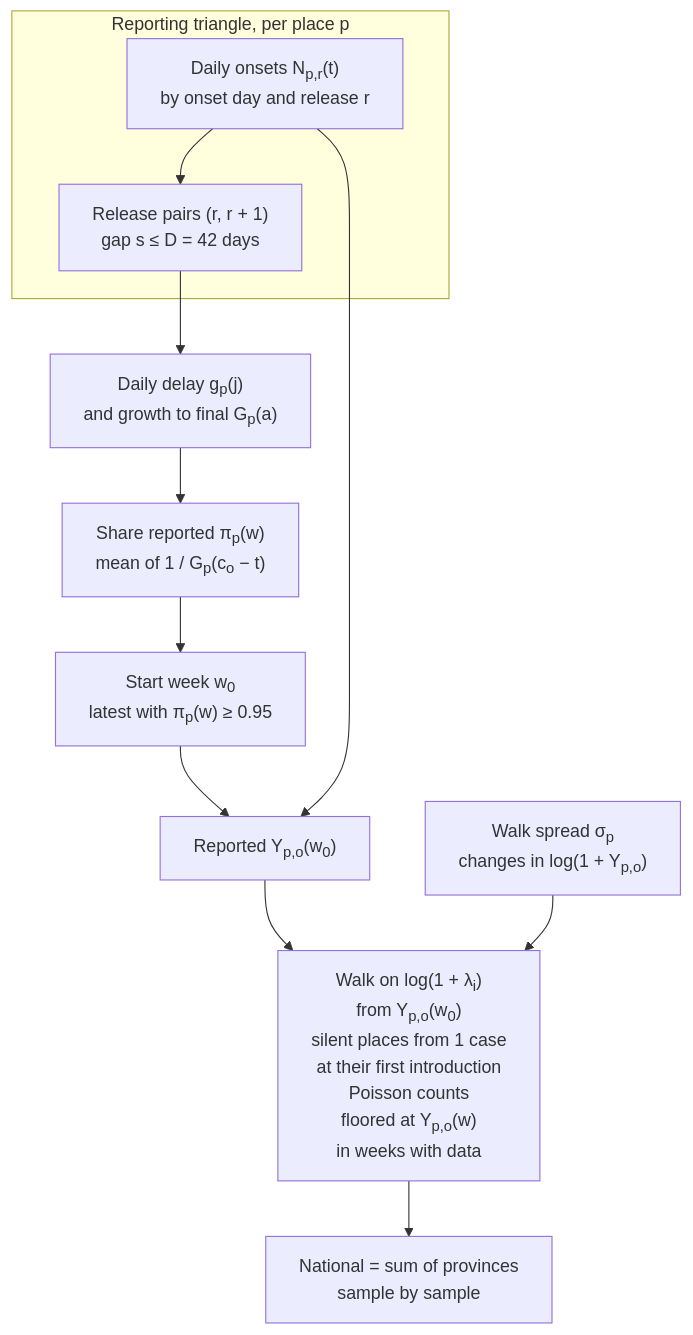
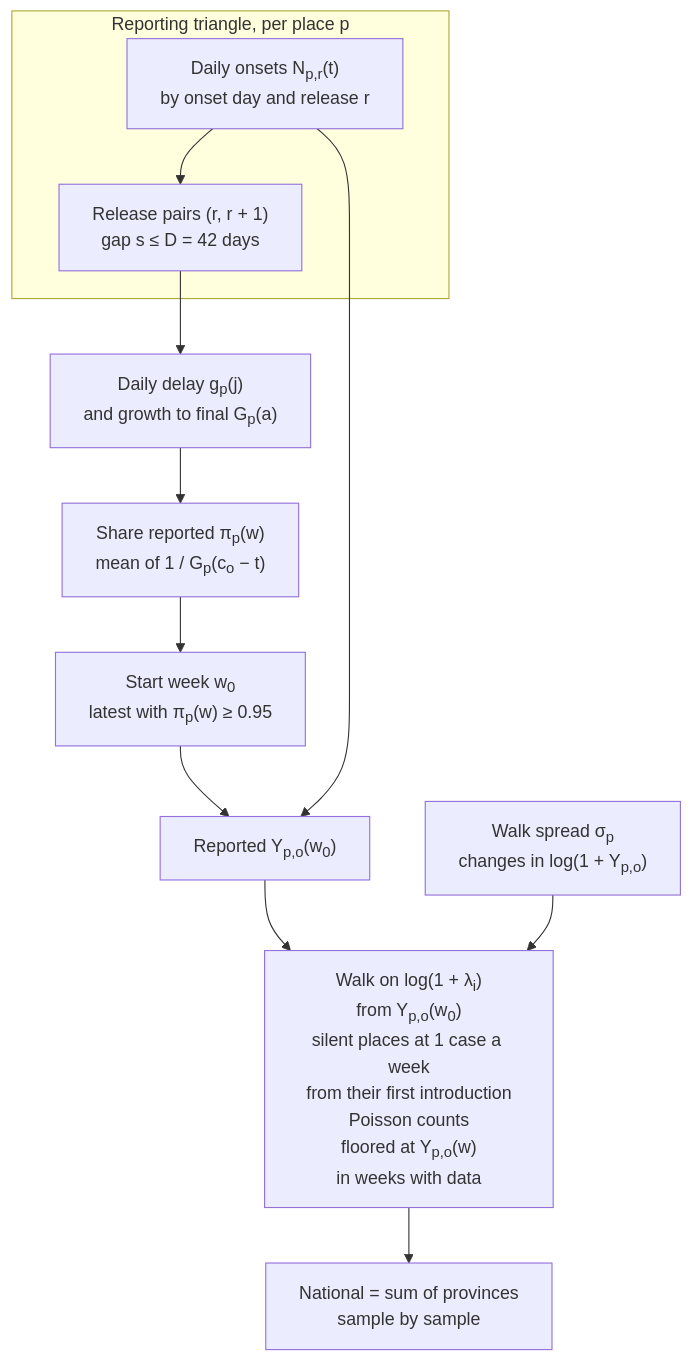
Before and after one commit to seabbs/BDBVHubRenewal: the second of 2 diagrams in docs/methods/baselines.md, drawn with Mermaid. The commit also changed other lines of this file and 2 other files, not shown here.

First line of the commit message:
Keep a silent place's own spread of 0 after its introduction

````diff
--- a/docs/methods/baselines.md
+++ b/docs/methods/baselines.md
@@ -48,24 +48,24 @@
 ```mermaid
 flowchart TD
     subgraph TRI["Reporting triangle, per place p"]
         SNAP["Daily onsets N<sub>p,r</sub>(t)<br/>by onset day and release r"]
         PAIR["Release pairs (r, r + 1)<br/>gap s ≤ D = 42 days"]
     end
     DEL["Daily delay g<sub>p</sub>(j)<br/>and growth to final G<sub>p</sub>(a)"]
     PI["Share reported π<sub>p</sub>(w)<br/>mean of 1 / G<sub>p</sub>(c<sub>o</sub> − t)"]
     W0["Start week w<sub>0</sub><br/>latest with π<sub>p</sub>(w) ≥ 0.95"]
     Y["Reported Y<sub>p,o</sub>(w<sub>0</sub>)"]
     SIG["Walk spread σ<sub>p</sub><br/>changes in log(1 + Y<sub>p,o</sub>)"]
-    W["Walk on log(1 + λ<sub>i</sub>)<br/>from Y<sub>p,o</sub>(w<sub>0</sub>)<br/>silent places from 1 case<br/>at their first introduction<br/>Poisson counts<br/>floored at Y<sub>p,o</sub>(w)<br/>in weeks with data"]
+    W["Walk on log(1 + λ<sub>i</sub>)<br/>from Y<sub>p,o</sub>(w<sub>0</sub>)<br/>silent places at 1 case a week<br/>from their first introduction<br/>Poisson counts<br/>floored at Y<sub>p,o</sub>(w)<br/>in weeks with data"]
     NAT["National = sum of provinces<br/>sample by sample"]
 
     SNAP --> PAIR
     PAIR --> DEL
     DEL --> PI
     PI --> W0
     W0 --> Y
     SNAP --> Y
     Y --> W
     SIG --> W
     W --> NAT
 ```
````
